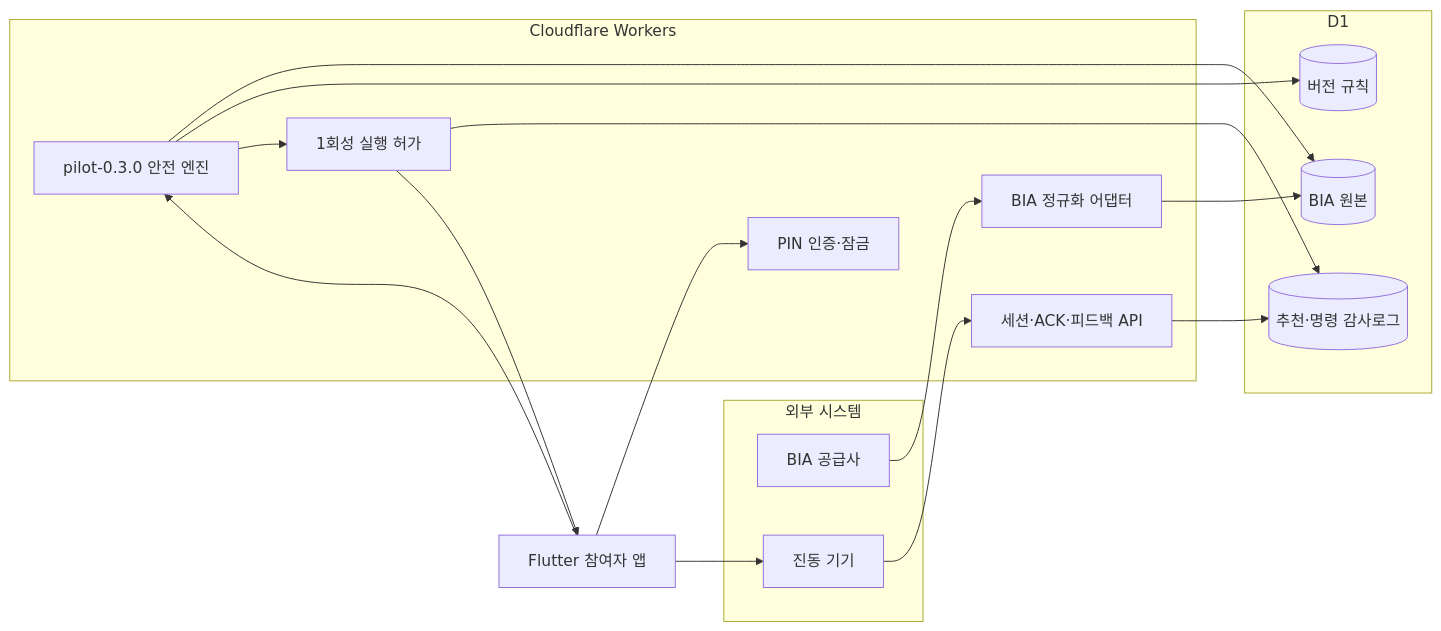
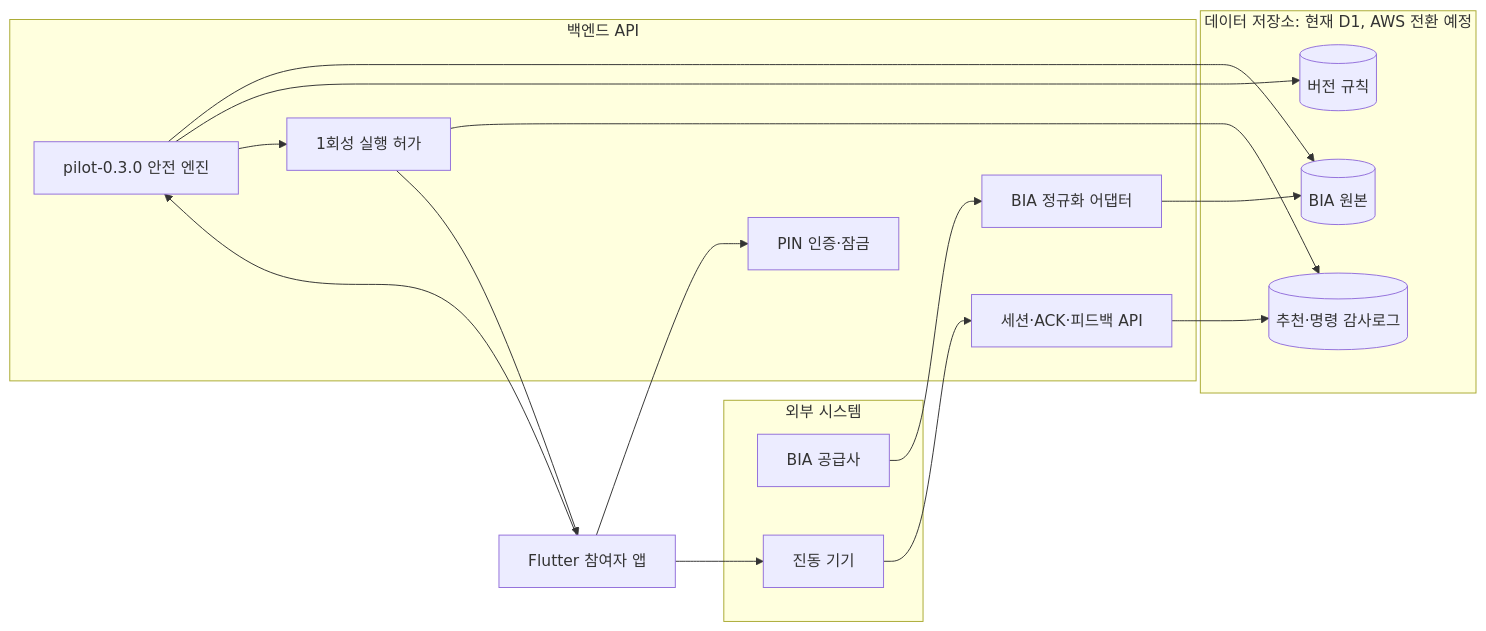
Before and after one commit to Dowon-Kang/vibecare-pilot: the third of 4 diagrams in docs/architecture.md, drawn with Mermaid. The commit also changed other lines of this file and 127 other files, not shown here.

````diff
--- a/docs/architecture.md
+++ b/docs/architecture.md
@@ -64,30 +64,30 @@
 ```mermaid
 flowchart LR
     subgraph External[외부 시스템]
         BIA[BIA 공급사]
         DEVICE[진동 기기]
     end
 
-    subgraph Worker[Cloudflare Workers]
+    subgraph Backend[백엔드 API]
         AUTH[PIN 인증·잠금]
         ADAPTER[BIA 정규화 어댑터]
         ENGINE[pilot-0.3.0 안전 엔진]
         AUTHORIZE[1회성 실행 허가]
         SESSION[세션·ACK·피드백 API]
     end
 
-    subgraph Storage[D1]
+    subgraph Storage[데이터 저장소: 현재 D1, AWS 전환 예정]
         RAW[(BIA 원본)]
         RULES[(버전 규칙)]
         AUDIT[(추천·명령 감사로그)]
     end
 
     APP[Flutter 참여자 앱] --> AUTH
     BIA --> ADAPTER --> RAW
     APP --> ENGINE
     ENGINE --> RAW
     ENGINE --> RULES
     ENGINE --> AUTHORIZE --> AUDIT
     AUTHORIZE --> APP --> DEVICE
     DEVICE --> SESSION --> AUDIT
 ```
````
